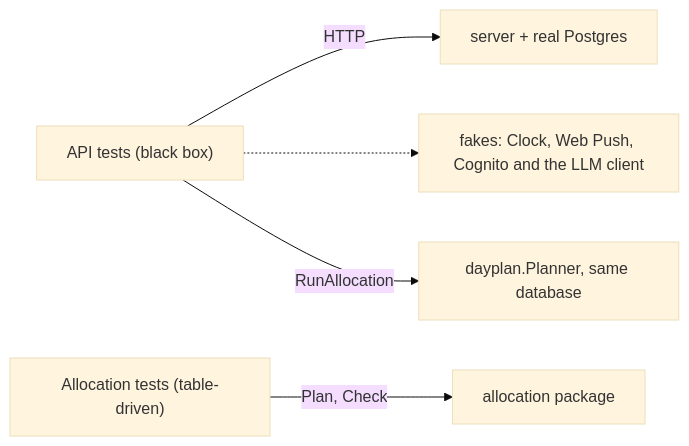
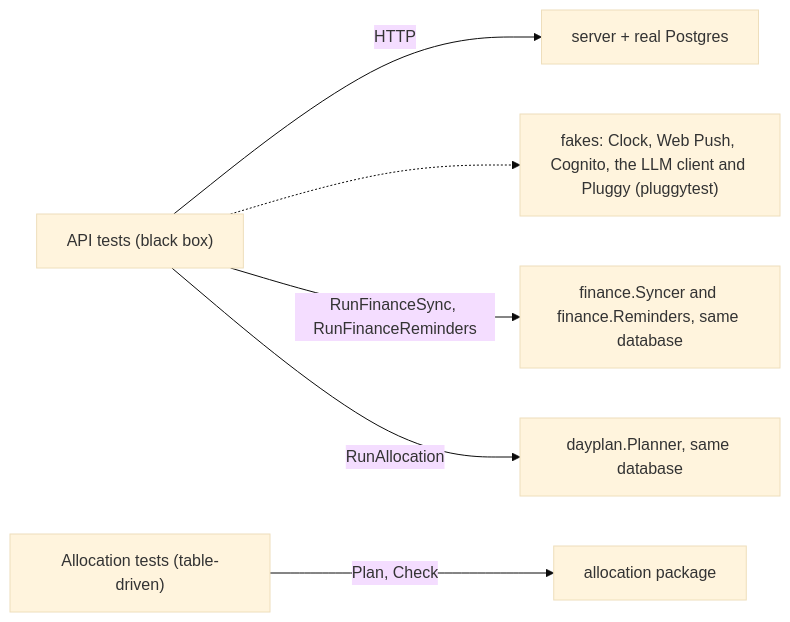
The sixth of 6 diagrams in docs/architecture/backend.md (AbnerWillclefy/Homeowner), drawn with Mermaid (base theme) before and after one commit. The commit also changed other lines of this file and 6 other files, not shown here.

Commit message:
docs(architecture): document Revenue and remove Finances from the PWA docs

````diff
--- a/docs/architecture/backend.md
+++ b/docs/architecture/backend.md
@@ -433,7 +461,8 @@
 ```mermaid
 flowchart LR
     T1["API tests (black box)"] -->|HTTP| S["server + real Postgres"]
-    T1 -.-> F["fakes: Clock, Web Push, Cognito and the LLM client"]
+    T1 -.-> F["fakes: Clock, Web Push, Cognito, the LLM client and Pluggy (pluggytest)"]
+    T1 -->|"RunFinanceSync, RunFinanceReminders"| FJ["finance.Syncer and finance.Reminders, same database"]
     T1 -->|"RunAllocation"| P["dayplan.Planner, same database"]
     T2["Allocation tests (table-driven)"] -->|Plan, Check| A["allocation package"]
 ```
````
